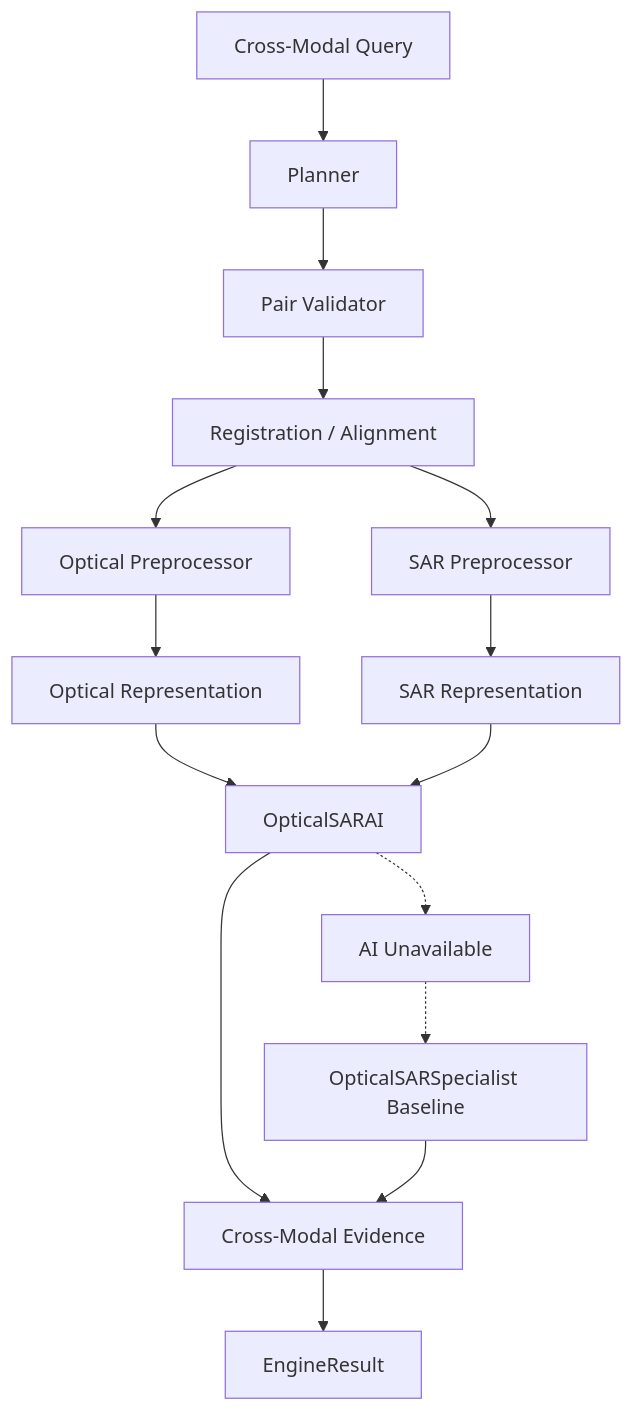
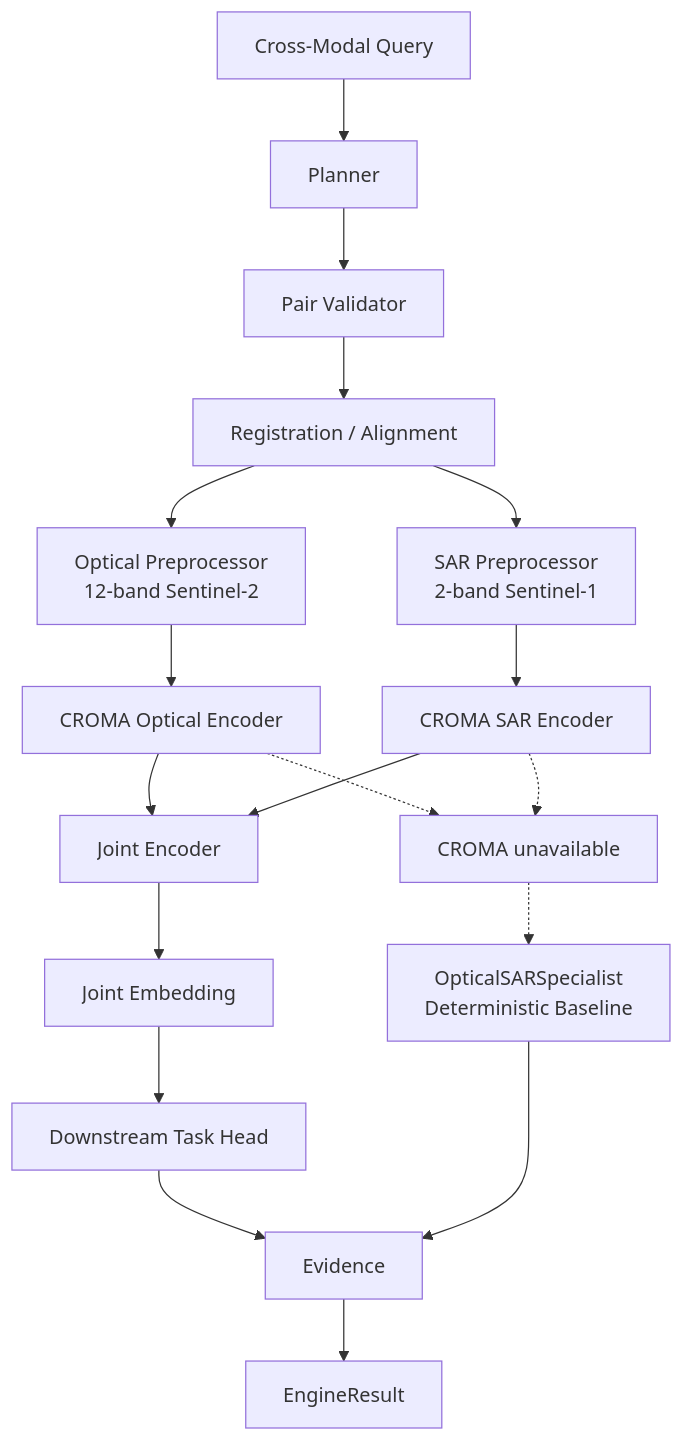
The fourth of 4 diagrams in docs/architecture.md (HEAVENLYBEING112/satquery-ai), drawn with Mermaid before and after one commit. The commit also changed other lines of this file and 10 other files, not shown here.

````diff
--- a/docs/architecture.md
+++ b/docs/architecture.md
@@ -56,22 +56,25 @@
 ```mermaid
 flowchart TD
     A["Cross-Modal Query"] --> B["Planner"]
     B --> C["Pair Validator"]
     C --> D["Registration / Alignment"]
 
-    D --> E["Optical Preprocessor"]
-    D --> F["SAR Preprocessor"]
+    D --> E["Optical Preprocessor\n12-band Sentinel-2"]
+    D --> F["SAR Preprocessor\n2-band Sentinel-1"]
 
-    E --> G["Optical Representation"]
-    F --> H["SAR Representation"]
+    E --> G["CROMA Optical Encoder"]
+    F --> H["CROMA SAR Encoder"]
 
-    G --> I["OpticalSARAI"]
+    G --> I["Joint Encoder"]
     H --> I
 
-    I --> J["Cross-Modal Evidence"]
-    J --> K["EngineResult"]
+    I --> J["Joint Embedding"]
+    J --> K["Downstream Task Head"]
+    K --> L["Evidence"]
+    L --> M["EngineResult"]
 
-    I -.-> L["AI Unavailable"]
-    L -.-> M["OpticalSARSpecialist Baseline"]
-    M --> J
+    G -.-> N["CROMA unavailable"]
+    H -.-> N
+    N -.-> O["OpticalSARSpecialist\nDeterministic Baseline"]
+    O --> L
 ```
````
